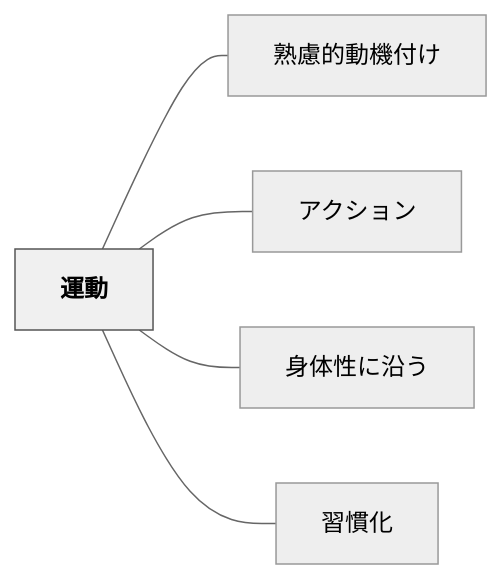
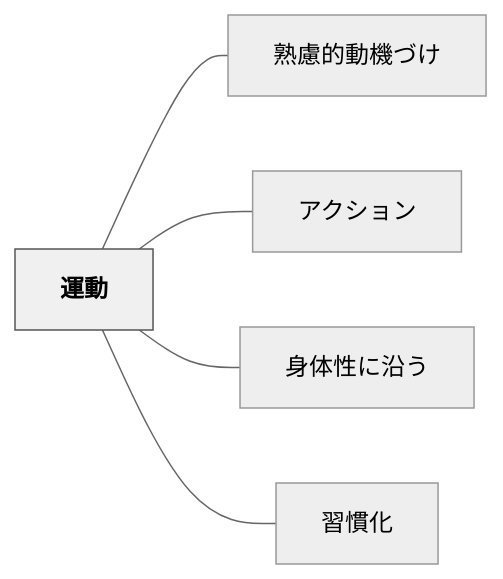
One commit to unknownthings-ed-patterns/unknownthings-ed-patterns changed the diagram in content/パタン/運動.md. Above: the diagram before and after it, drawn with Mermaid (neutral theme). The commit also changed other lines of this file and 234 other files, not shown here.

````diff
--- a/content/パタン/運動.md
+++ b/content/パタン/運動.md
@@ -37,16 +37,16 @@
 ```mermaid
 flowchart LR
     ne9818be58b95["運動"]
-    ne7869fe685aee79a84e58b95e6a99fe4bb98e38191["熟慮的動機付け"]
+    ne7869fe685aee79a84e58b95e6a99fe381a5e38191["熟慮的動機づけ"]
     ne382a2e382afe382b7e383a7e383b3["アクション"]
     ne8baabe4bd93e680a7e381abe6b2bfe38186["身体性に沿う"]
     ne7bf92e685a3e58c96["習慣化"]
 
-    ne9818be58b95 --- ne7869fe685aee79a84e58b95e6a99fe4bb98e38191
+    ne9818be58b95 --- ne7869fe685aee79a84e58b95e6a99fe381a5e38191
     ne9818be58b95 --- ne382a2e382afe382b7e383a7e383b3
     ne9818be58b95 --- ne8baabe4bd93e680a7e381abe6b2bfe38186
     ne9818be58b95 --- ne7bf92e685a3e58c96
 
     classDef hub fill:#f0f0f0,stroke:#555,color:#000,font-weight:bold
     class ne9818be58b95 hub
 ```
````
